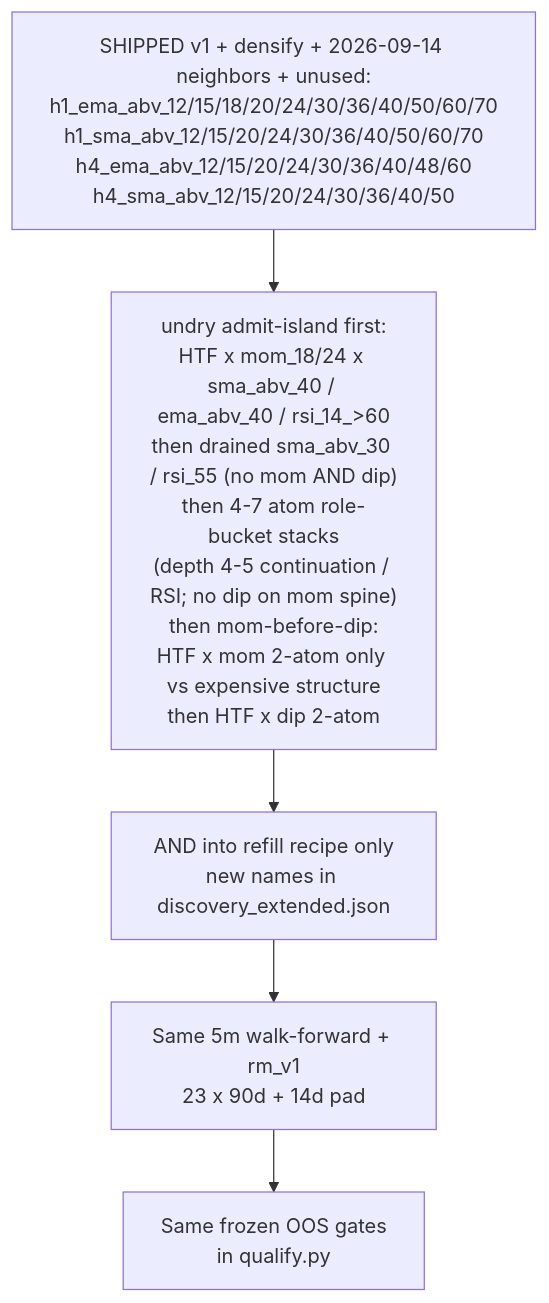
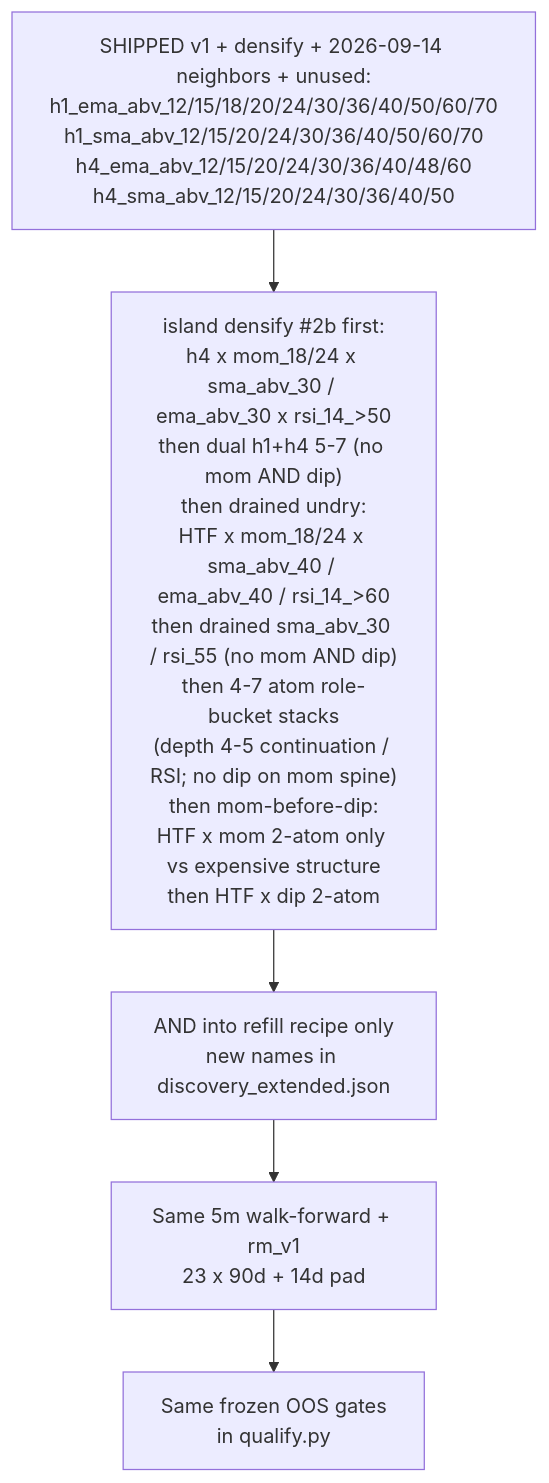
Before and after one commit to Runemark7/paper-trading-bot: the third of 3 diagrams in docs/WORKFLOW.md, drawn with Mermaid. The commit also changed other lines of this file and 6 other files, not shown here.

First line of the commit message:
feat(discovery): undry admit-island densify #2b

````diff
--- a/docs/WORKFLOW.md
+++ b/docs/WORKFLOW.md
@@ -186,10 +189,10 @@
 ```mermaid
 flowchart TB
   shipped["SHIPPED v1 + densify + 2026-09-14 neighbors + unused:\nh1_ema_abv_12/15/18/20/24/30/36/40/50/60/70\nh1_sma_abv_12/15/20/24/30/36/40/50/60/70\nh4_ema_abv_12/15/20/24/30/36/40/48/60\nh4_sma_abv_12/15/20/24/30/36/40/50"]
-  order["undry admit-island first:\nHTF x mom_18/24 x sma_abv_40 / ema_abv_40 / rsi_14_>60\nthen drained sma_abv_30 / rsi_55 (no mom AND dip)\nthen 4-7 atom role-bucket stacks\n(depth 4-5 continuation / RSI; no dip on mom spine)\nthen mom-before-dip:\nHTF x mom 2-atom only vs expensive structure\nthen HTF x dip 2-atom"]
+  order["island densify #2b first:\nh4 x mom_18/24 x sma_abv_30 / ema_abv_30 x rsi_14_>50\nthen dual h1+h4 5-7 (no mom AND dip)\nthen drained undry:\nHTF x mom_18/24 x sma_abv_40 / ema_abv_40 / rsi_14_>60\nthen drained sma_abv_30 / rsi_55 (no mom AND dip)\nthen 4-7 atom role-bucket stacks\n(depth 4-5 continuation / RSI; no dip on mom spine)\nthen mom-before-dip:\nHTF x mom 2-atom only vs expensive structure\nthen HTF x dip 2-atom"]
   mintOnly["AND into refill recipe only\nnew names in discovery_extended.json"]
   sameEval["Same 5m walk-forward + rm_v1\n23 x 90d + 14d pad"]
   sameGate["Same frozen OOS gates\nin qualify.py"]
 
   shipped --> order --> mintOnly --> sameEval --> sameGate
 ```
````
